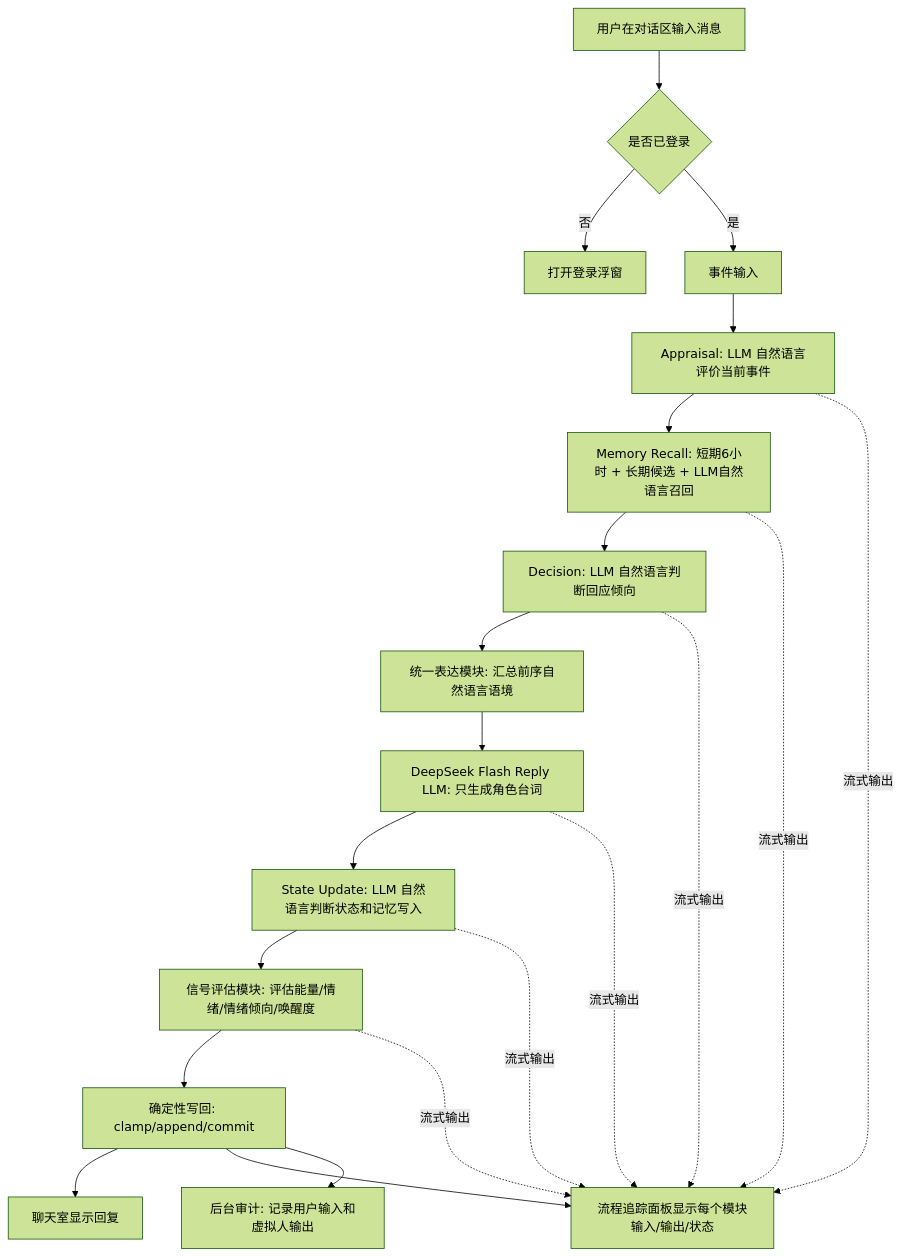
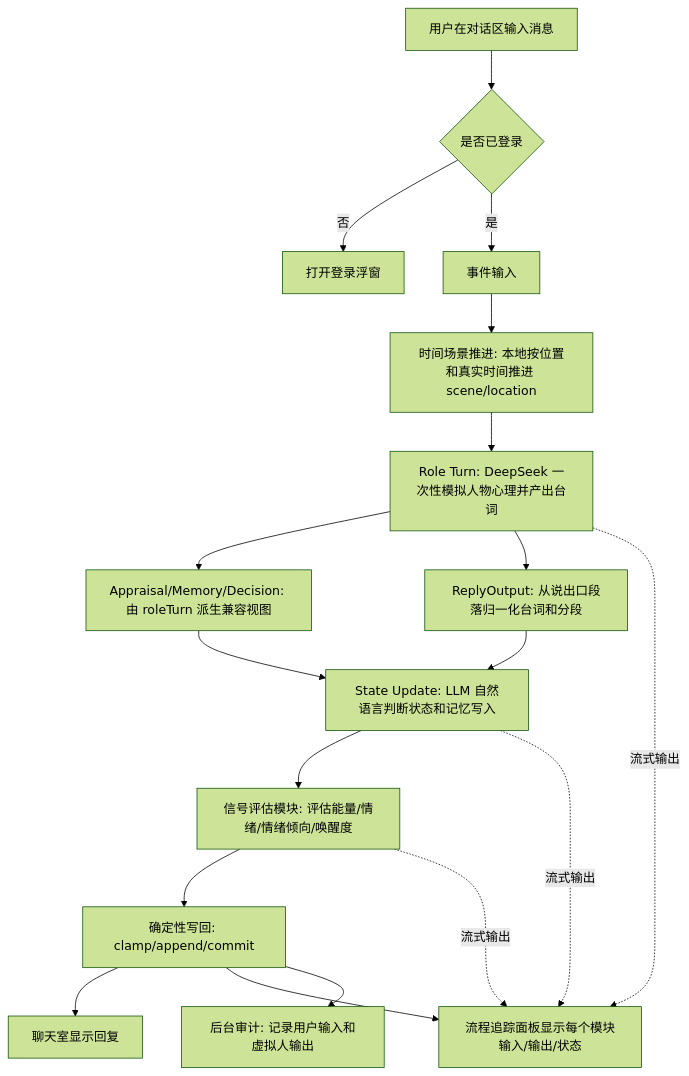
One commit to ttmanthatman/virtual-human-flow changed the fourth of 32 diagrams in docs/SYSTEM_FLOW.md. Above: the diagram before and after it, drawn with Mermaid (forest theme). The commit also changed other lines of this file and 17 other files, not shown here.

Commit message:
refactor: unify conversation role turn

````diff
--- a/docs/SYSTEM_FLOW.md
+++ b/docs/SYSTEM_FLOW.md
@@ -134,23 +134,20 @@
 ```mermaid
 flowchart TD
     U[用户在对话区输入消息] --> AUTH{是否已登录}
     AUTH -- 否 --> LOGIN[打开登录浮窗]
     AUTH -- 是 --> E[事件输入]
-    E --> A[Appraisal: LLM 自然语言评价当前事件]
-    A --> M[Memory Recall: 短期6小时 + 长期候选 + LLM自然语言召回]
-    M --> D[Decision: LLM 自然语言判断回应倾向]
-    D --> P[统一表达模块: 汇总前序自然语言语境]
-    P --> R[DeepSeek Flash Reply LLM: 只生成角色台词]
-    R --> S[State Update: LLM 自然语言判断状态和记忆写入]
+    E --> TS[时间场景推进: 本地按位置和真实时间推进 scene/location]
+    TS --> RT[Role Turn: DeepSeek 一次性模拟人物心理并产出台词]
+    RT --> A[Appraisal/Memory/Decision: 由 roleTurn 派生兼容视图]
+    RT --> R[ReplyOutput: 从说出口段落归一化台词和分段]
+    A --> S[State Update: LLM 自然语言判断状态和记忆写入]
+    R --> S
     S --> G[信号评估模块: 评估能量/情绪/情绪倾向/唤醒度]
     G --> W[确定性写回: clamp/append/commit]
     W --> C[聊天室显示回复]
     W --> T[流程追踪面板显示每个模块输入/输出/状态]
     W --> AUDIT[后台审计: 记录用户输入和虚拟人输出]
-    A -. 流式输出 .-> T
-    M -. 流式输出 .-> T
-    D -. 流式输出 .-> T
-    R -. 流式输出 .-> T
+    RT -. 流式输出 .-> T
     S -. 流式输出 .-> T
     G -. 流式输出 .-> T
 ```
````
